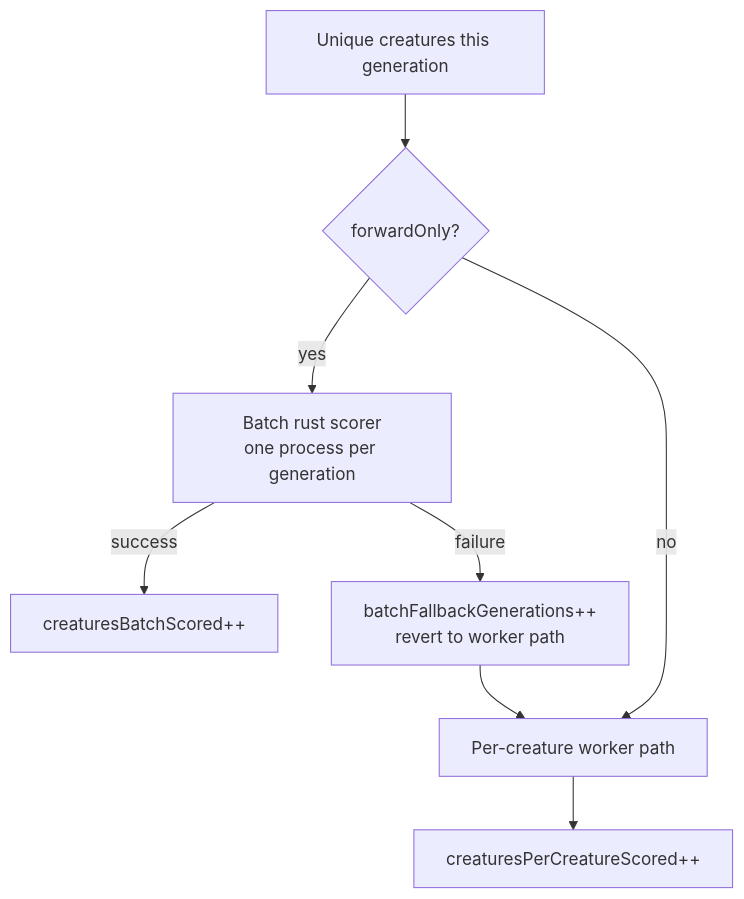
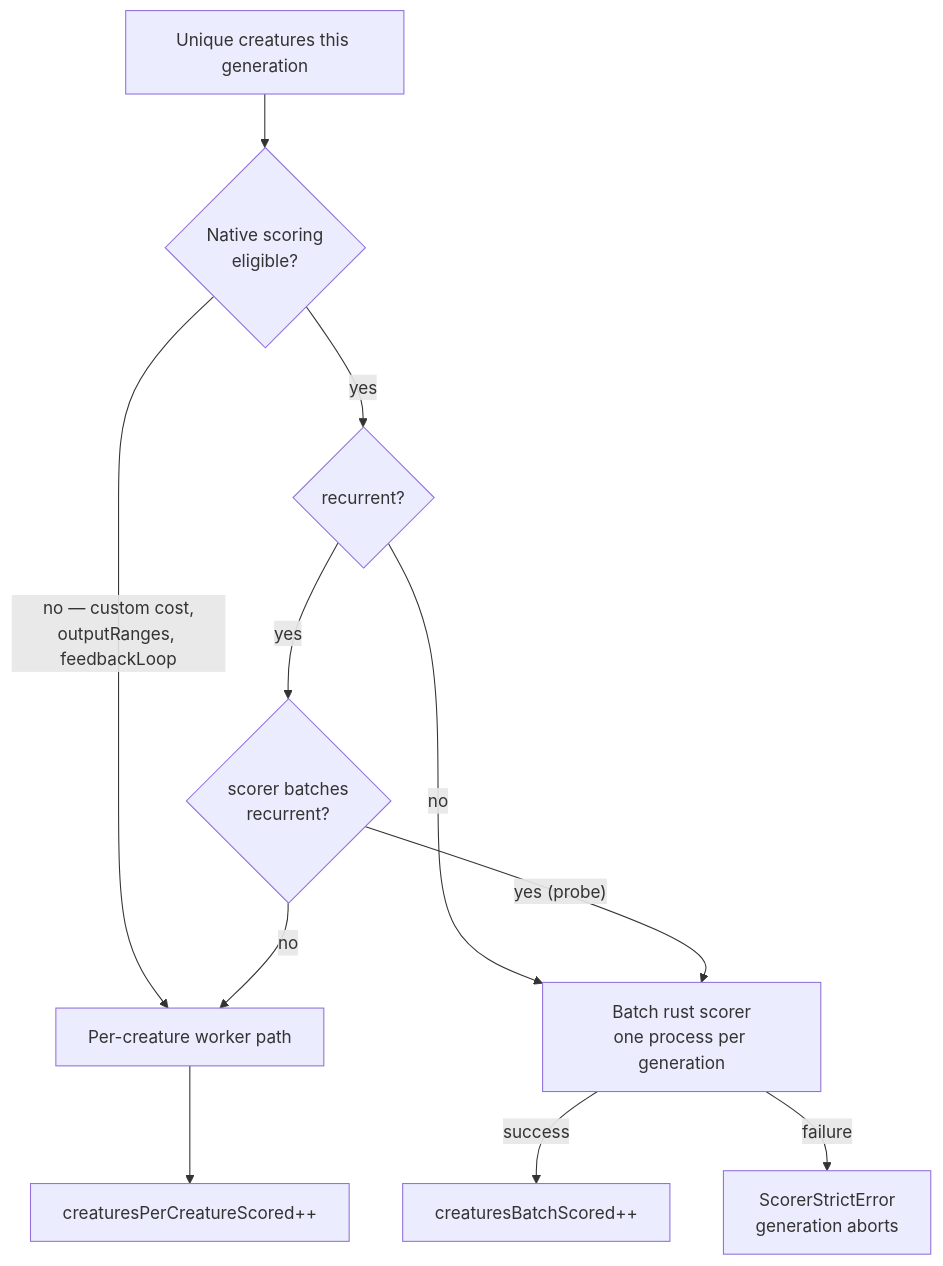
One commit to stSoftwareAU/NEAT-AI changed the fifth of 7 diagrams in docs/event-driven-evolution.md. Above: the diagram before and after it, drawn with Mermaid. The commit also changed other lines of this file and 79 other files, not shown here.

First line of the commit message:
Milestone: #3861 One dataset-scoring implementation, stages 1-3: flip the rust_scorer defaults, close the native gaps, delete the duplicate (#3907)

````diff
--- a/docs/event-driven-evolution.md
+++ b/docs/event-driven-evolution.md
@@ -580,10 +589,13 @@
 ```mermaid
 flowchart TD
-    Q[Unique creatures this generation] --> P{forwardOnly?}
-    P -->|yes| B[Batch rust scorer<br/>one process per generation]
-    P -->|no| W[Per-creature worker path]
+    Q[Unique creatures this generation] --> P{Native scoring<br/>eligible?}
+    P -->|"no — custom cost,<br/>outputRanges, feedbackLoop"| W[Per-creature worker path]
+    P -->|yes| R{recurrent?}
+    R -->|no| B[Batch rust scorer<br/>one process per generation]
+    R -->|yes| C{scorer batches<br/>recurrent?}
+    C -->|"yes (probe)"| B
+    C -->|no| W
     B -->|success| BS[creaturesBatchScored++]
-    B -->|failure| F[batchFallbackGenerations++<br/>revert to worker path]
-    F --> W
+    B -->|failure| F[ScorerStrictError<br/>generation aborts]
     W --> WS[creaturesPerCreatureScored++]
 ```
````
